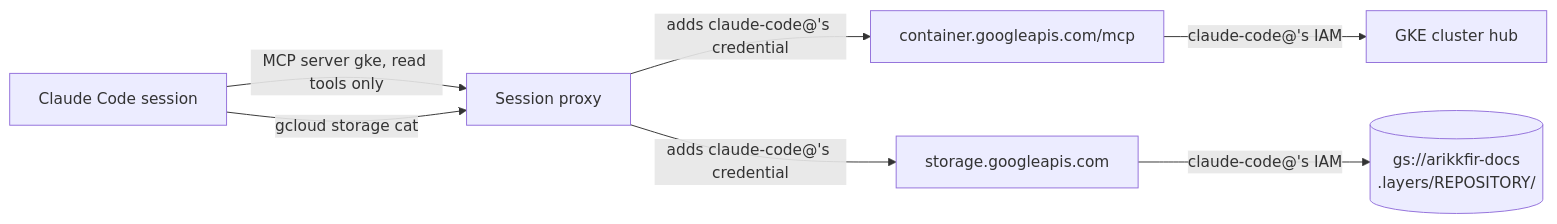
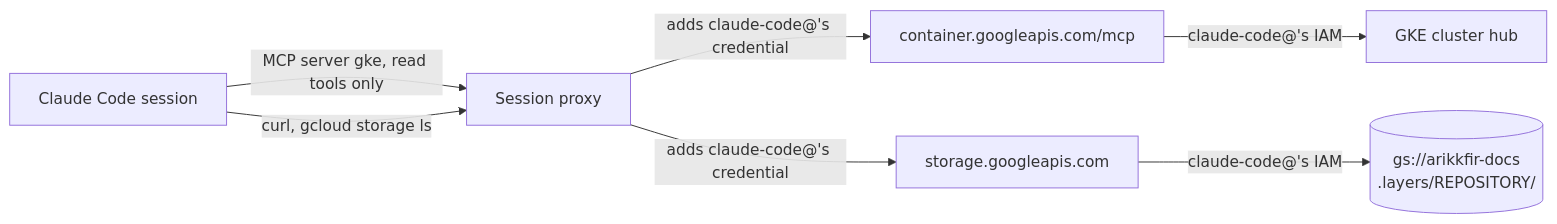
The diagram in hub/designs/claude-code-cluster-access.md (arikkfir-org/docs), drawn with Mermaid before and after one commit. The commit also changed other lines of this file and 1 other file, not shown here.

````diff
--- a/hub/designs/claude-code-cluster-access.md
+++ b/hub/designs/claude-code-cluster-access.md
@@ -15,9 +15,9 @@
 ```mermaid
 flowchart LR
   S[Claude Code session] -->|"MCP server gke, read tools only"| P[Session proxy]
-  S -->|"gcloud storage cat"| P
+  S -->|"curl, gcloud storage ls"| P
   P -->|"adds claude-code@'s credential"| M["container.googleapis.com/mcp"]
   P -->|"adds claude-code@'s credential"| G["storage.googleapis.com"]
   M -->|"claude-code@'s IAM"| K[GKE cluster hub]
   G -->|"claude-code@'s IAM"| B[("gs://arikkfir-docs<br/>.layers/REPOSITORY/")]
 ```
````
